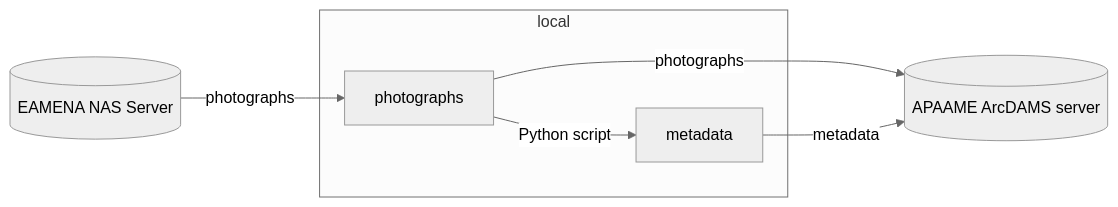
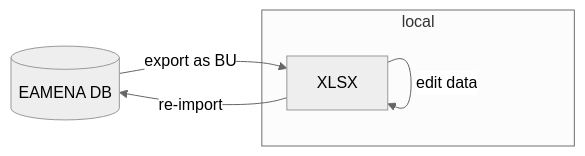
Before and after one commit to eamena-project/eamena-arches-dev: the diagram in data/bulk/temp.md, drawn with Mermaid (neutral theme).

Commit message:
BU workflow

````diff
--- a/data/bulk/temp.md
+++ b/data/bulk/temp.md
@@ -6,9 +6,8 @@
 ```mermaid
 flowchart LR
-    A[(EAMENA NAS Server)] --photographs--> B[photographs];
+    A[(EAMENA DB)] --export as BU--> B[XLSX];
     subgraph local
-    B --Python script--> C[metadata];
+    B --edit data--> B;
     end
-    B --photographs--> D[(APAAME ArcDAMS server)];
-    C --metadata--> D[(APAAME ArcDAMS server)]; 
+    B --re-import--> A;
 ```
````
